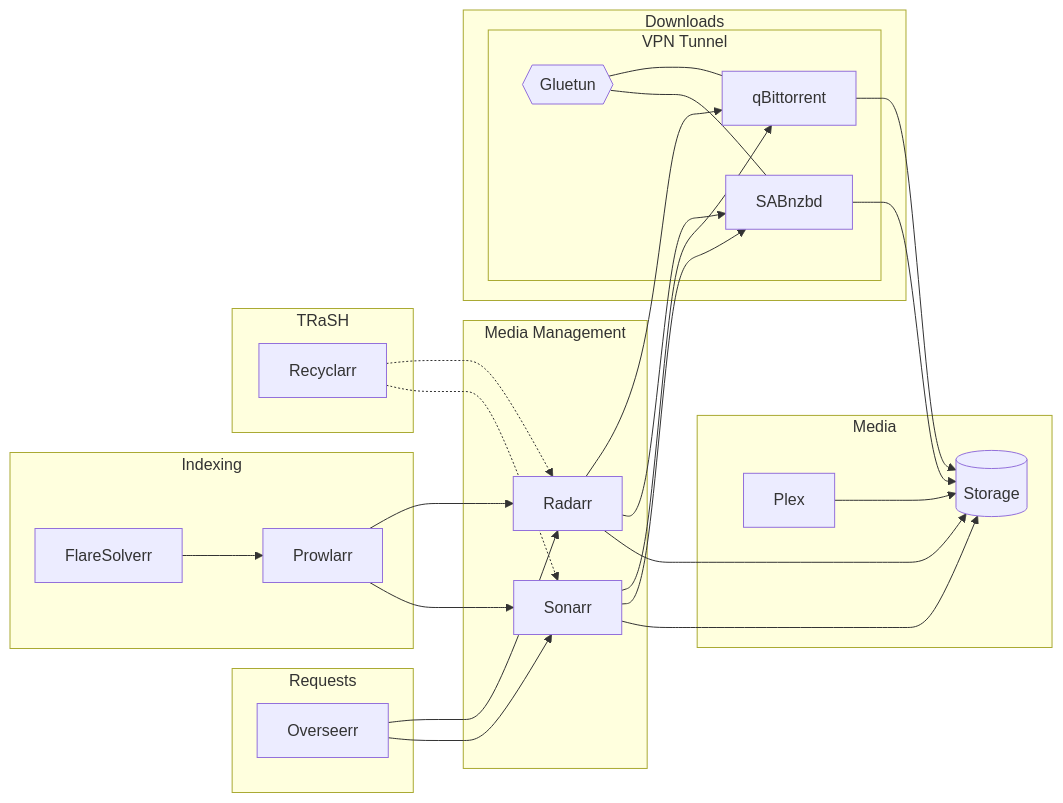
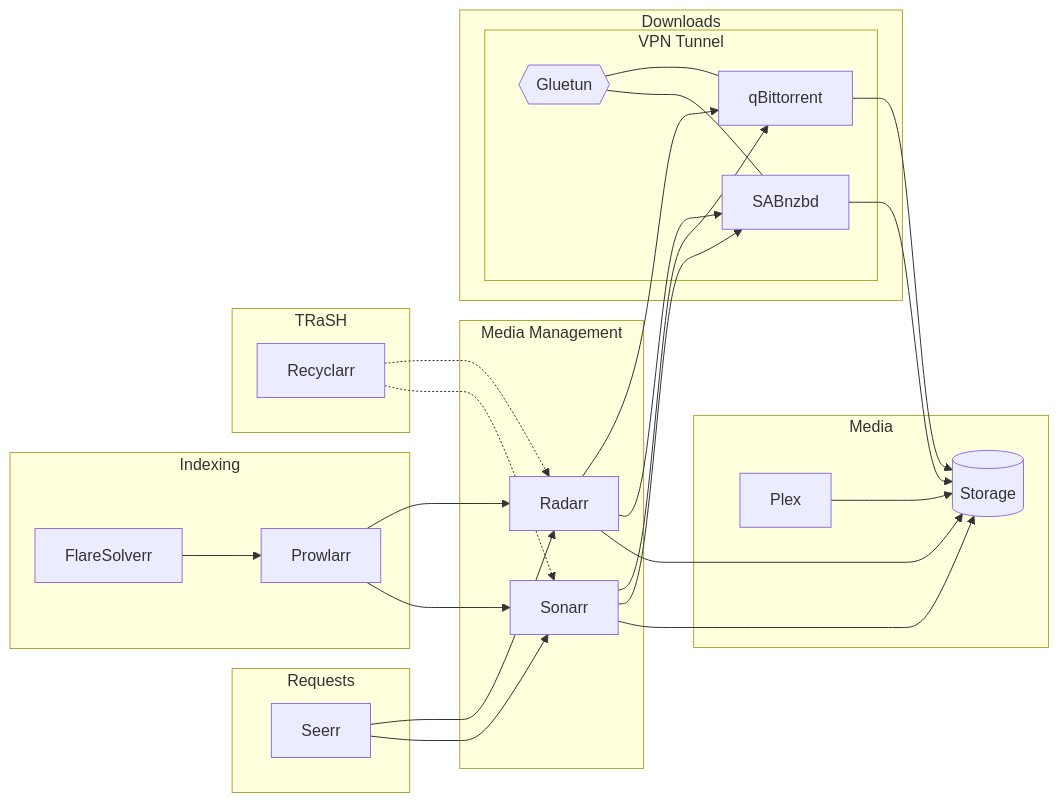
Before and after one commit to charmarr/charmarr: the diagram in docs/index.md, drawn with Mermaid. The commit also changed 68 other files, not shown here.

````diff
--- a/docs/index.md
+++ b/docs/index.md
@@ -5,43 +5,43 @@
 ```mermaid
 flowchart LR
     subgraph request["Requests"]
-        overseerr[Overseerr]
+        seerr[Seerr]
     end
 
     subgraph indexing["Indexing"]
         flaresolverr[FlareSolverr]
         prowlarr[Prowlarr]
     end
 
     subgraph trash["TRaSH"]
         recyclarr[Recyclarr]
     end
 
     subgraph management["Media Management"]
         radarr[Radarr]
         sonarr[Sonarr]
     end
 
     subgraph download["Downloads"]
         subgraph vpn["VPN Tunnel"]
             gluetun{{Gluetun}}
             qbittorrent[qBittorrent]
             sabnzbd[SABnzbd]
         end
     end
 
     subgraph media["Media"]
         storage[(Storage)]
         plex[Plex]
     end
 
-    overseerr --> radarr & sonarr
+    seerr --> radarr & sonarr
     flaresolverr --> prowlarr
     prowlarr --> radarr & sonarr
     recyclarr -.-> radarr & sonarr
     radarr & sonarr --> qbittorrent & sabnzbd
     gluetun --- qbittorrent & sabnzbd
     qbittorrent & sabnzbd --> storage
     radarr & sonarr --> storage
     plex --> storage
 ```
````
